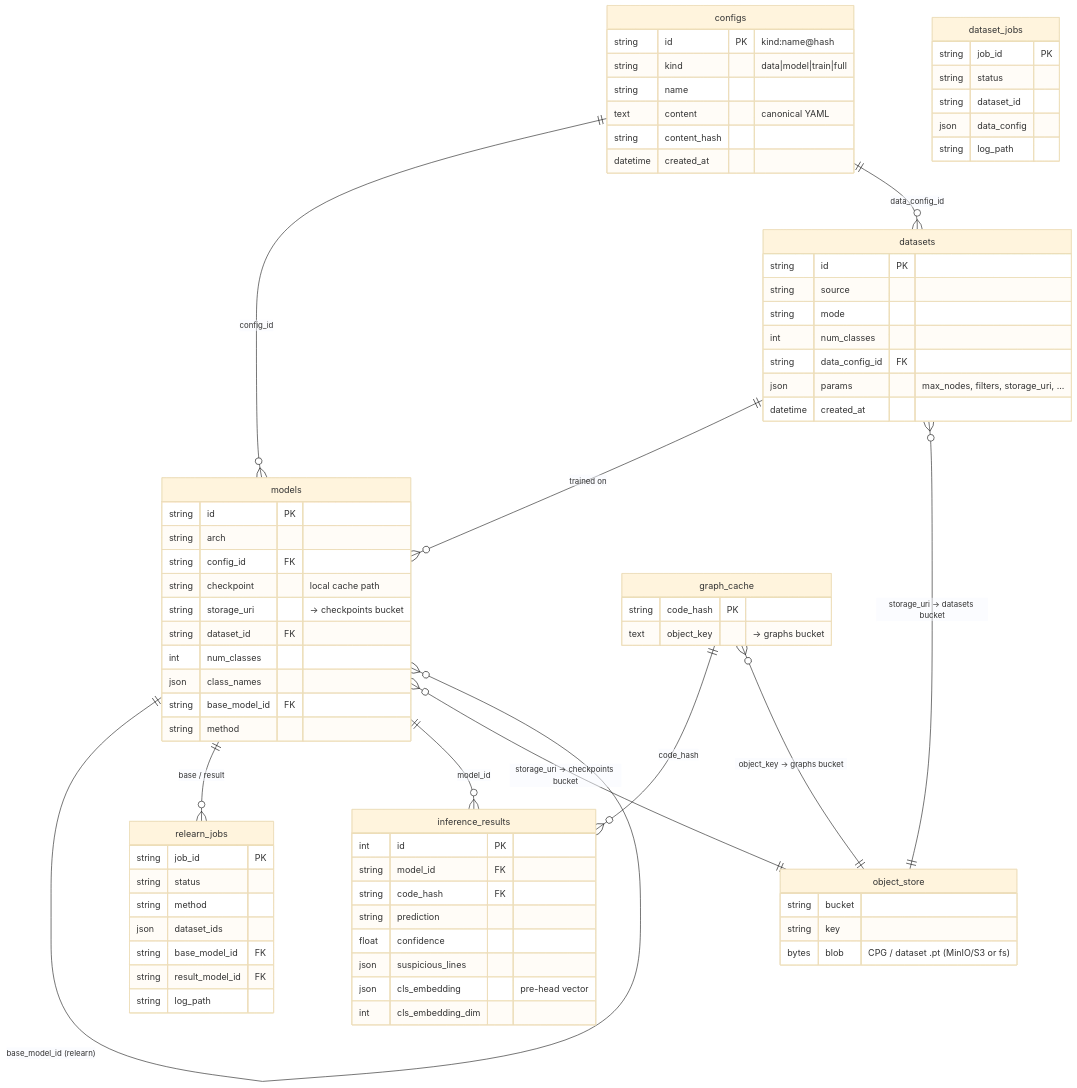
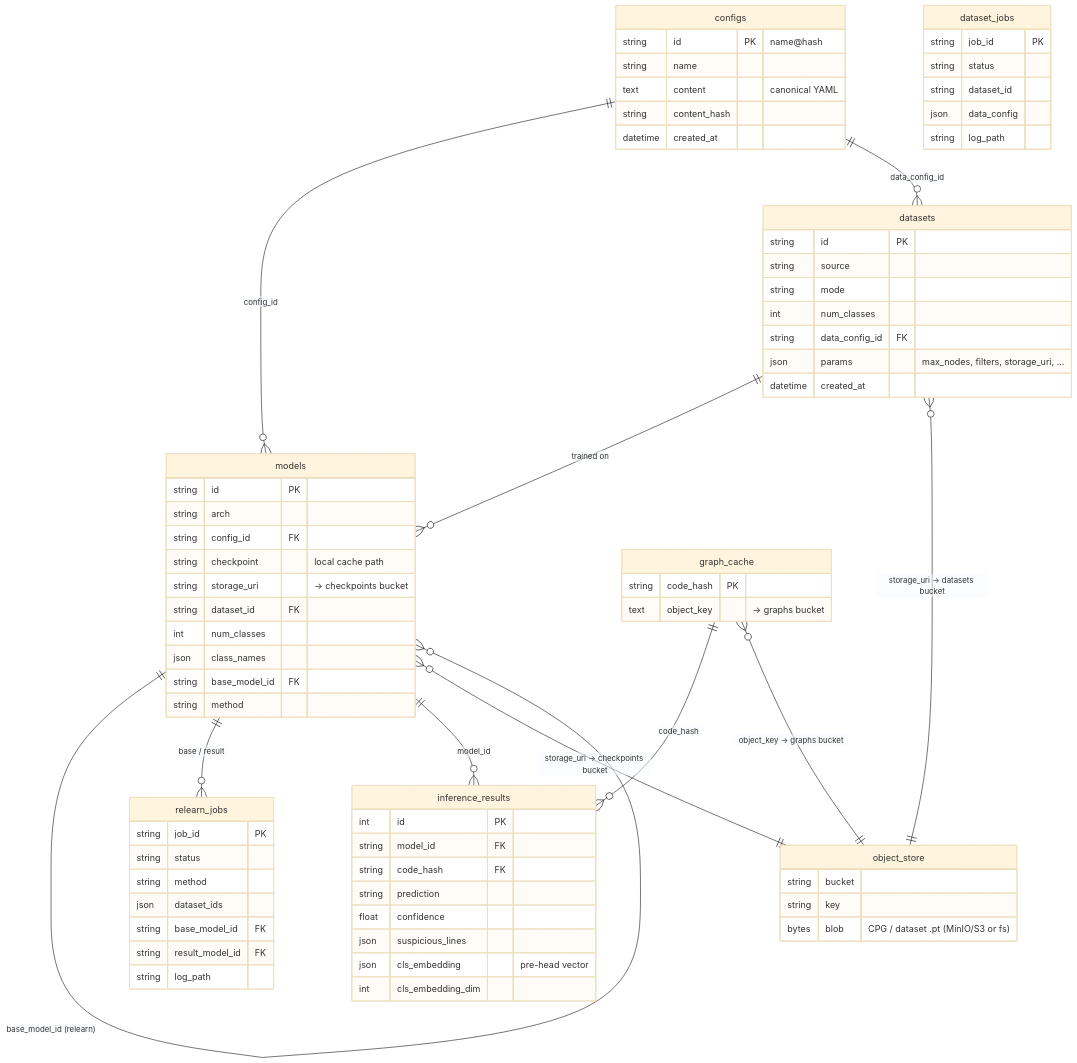
One commit to Otzzu/tugas-akhir changed the second of 2 diagrams in API/README.md. Above: the diagram before and after it, drawn with Mermaid (base theme). The commit also changed other lines of this file and 17 other files, not shown here.

````diff
--- a/API/README.md
+++ b/API/README.md
@@ -282,78 +282,77 @@
 ```mermaid
 erDiagram
     datasets ||--o{ models : "trained on"
     configs ||--o{ models : "config_id"
     configs ||--o{ datasets : "data_config_id"
     models ||--o{ models : "base_model_id (relearn)"
     models ||--o{ relearn_jobs : "base / result"
     models ||--o{ inference_results : "model_id"
     graph_cache ||--o{ inference_results : "code_hash"
     graph_cache }o--|| object_store : "object_key -> graphs bucket"
     datasets }o--|| object_store : "storage_uri -> datasets bucket"
     models }o--|| object_store : "storage_uri -> checkpoints bucket"
 
     configs {
-      string id PK "kind:name@hash"
-      string kind "data|model|train|full"
+      string id PK "name@hash"
       string name
       text content "canonical YAML"
       string content_hash
       datetime created_at
     }
     datasets {
       string id PK
       string source
       string mode
       int num_classes
       string data_config_id FK
       json params "max_nodes, filters, storage_uri, ..."
       datetime created_at
     }
     models {
       string id PK
       string arch
       string config_id FK
       string checkpoint "local cache path"
       string storage_uri "-> checkpoints bucket"
       string dataset_id FK
       int num_classes
       json class_names
       string base_model_id FK
       string method
     }
     relearn_jobs {
       string job_id PK
       string status
       string method
       json dataset_ids
       string base_model_id FK
       string result_model_id FK
       string log_path
     }
     dataset_jobs {
       string job_id PK
       string status
       string dataset_id
       json data_config
       string log_path
     }
     graph_cache {
       string code_hash PK
       text object_key "-> graphs bucket"
     }
     inference_results {
       int id PK
       string model_id FK
       string code_hash FK
       string prediction
       float confidence
       json suspicious_lines
       json cls_embedding "pre-head vector"
       int cls_embedding_dim
     }
     object_store {
       string bucket
       string key
       bytes blob "CPG / dataset .pt (MinIO/S3 or fs)"
     }
 ```
````
